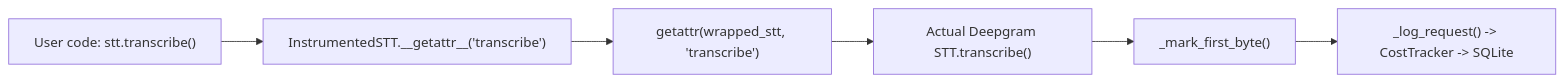
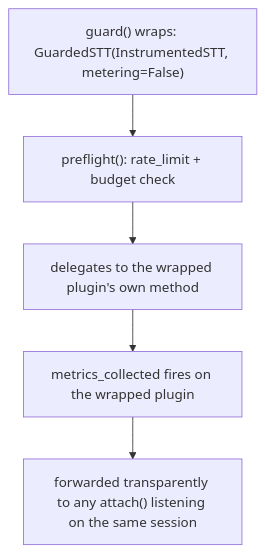
Before and after one commit to mahimailabs/voicegateway: the diagram in docs/architecture/middleware.md, drawn with Mermaid. The commit also changed other lines of this file and 35 other files, not shown here.

````diff
--- a/docs/architecture/middleware.md
+++ b/docs/architecture/middleware.md
@@ -199,8 +67,7 @@
 ```mermaid
-graph LR
-    A["User code: stt.transcribe()"] --> B["InstrumentedSTT.__getattr__('transcribe')"]
-    B --> C["getattr(wrapped_stt, 'transcribe')"]
-    C --> D["Actual Deepgram STT.transcribe()"]
-    D --> E["_mark_first_byte()"]
-    E --> F["_log_request() -> CostTracker -> SQLite"]
+graph TD
+    A["guard() wraps: GuardedSTT(InstrumentedSTT, metering=False)"] --> B["preflight(): rate_limit + budget check"]
+    B --> C["delegates to the wrapped plugin's own method"]
+    C --> D["metrics_collected fires on the wrapped plugin"]
+    D --> E["forwarded transparently to any attach() listening on the same session"]
 ```
````
